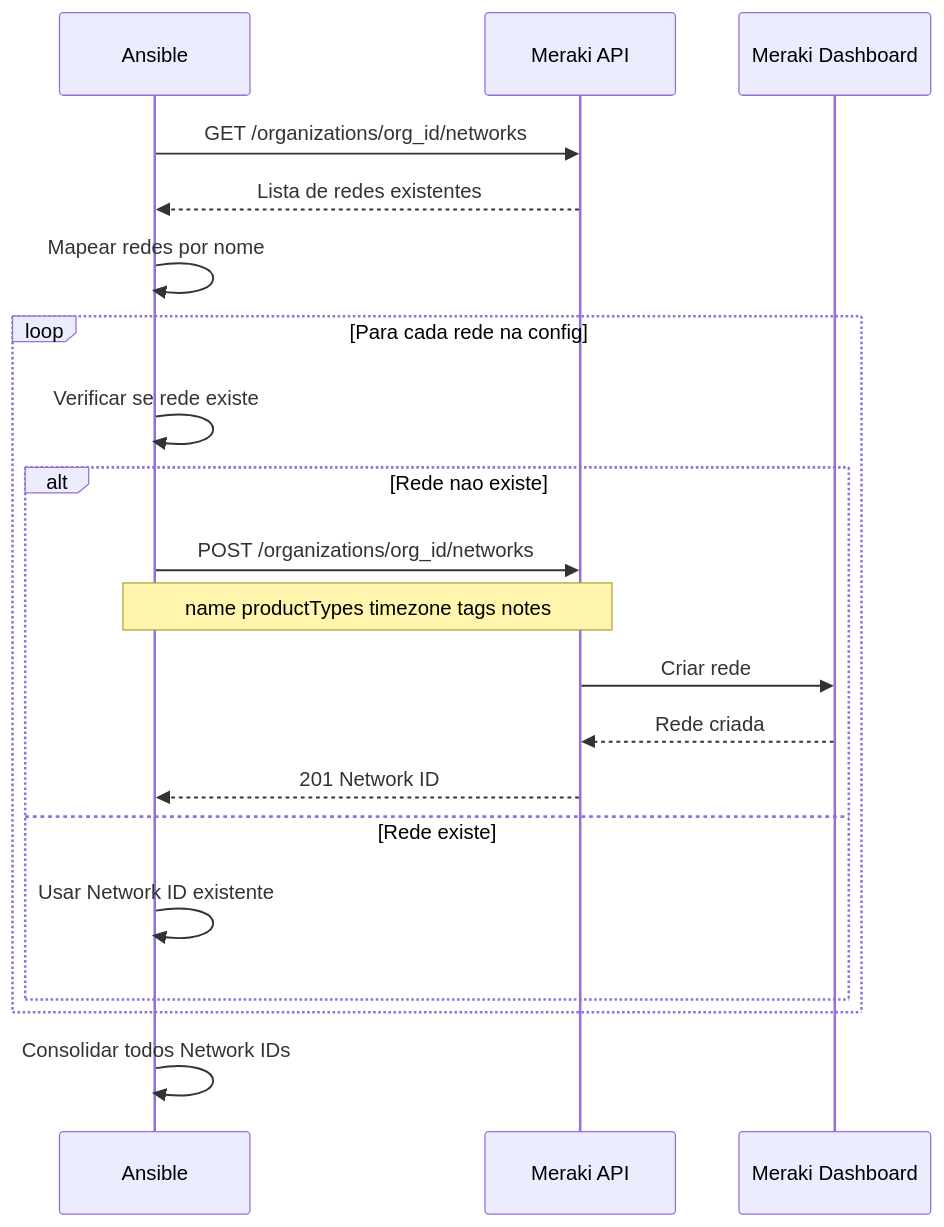
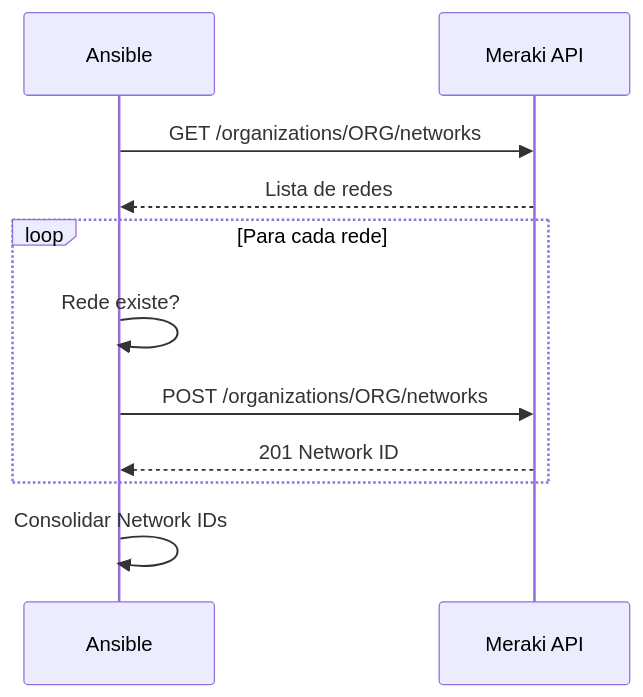
The sixth of 11 diagrams in docs/system-modeling.md (rodrigo-freitas-com/meraki-ansible), drawn with Mermaid before and after one commit. The commit also changed other lines of this file and 3 other files, not shown here.

````diff
--- a/docs/system-modeling.md
+++ b/docs/system-modeling.md
@@ -264,27 +240,16 @@
 ```mermaid
 sequenceDiagram
     participant A as Ansible
     participant M as Meraki API
-    participant DB as Meraki Dashboard
 
-    A->>M: GET /organizations/org_id/networks
-    M-->>A: Lista de redes existentes
+    A->>M: GET /organizations/ORG/networks
+    M-->>A: Lista de redes
 
-    A->>A: Mapear redes por nome
-
-    loop Para cada rede na config
-        A->>A: Verificar se rede existe
-
-        alt Rede nao existe
-            A->>M: POST /organizations/org_id/networks
-            Note over A,M: name productTypes timezone tags notes
-            M->>DB: Criar rede
-            DB-->>M: Rede criada
-            M-->>A: 201 Network ID
-        else Rede existe
-            A->>A: Usar Network ID existente
-        end
+    loop Para cada rede
+        A->>A: Rede existe?
+        A->>M: POST /organizations/ORG/networks
+        M-->>A: 201 Network ID
     end
 
-    A->>A: Consolidar todos Network IDs
+    A->>A: Consolidar Network IDs
 ```
````
